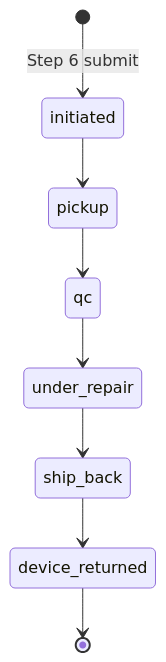
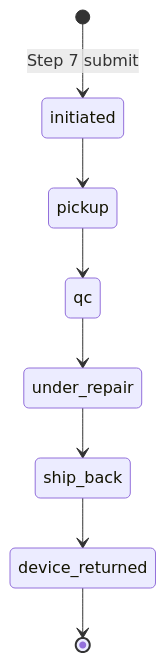
The first of 2 diagrams in docs/output/warranties_compensations.md (andrea-revibe/my-account-redesign-v2), drawn with Mermaid before and after one commit. The commit also changed other lines of this file and 12 other files, not shown here.

````diff
--- a/docs/output/warranties_compensations.md
+++ b/docs/output/warranties_compensations.md
@@ -28,10 +28,10 @@
 ```mermaid
 stateDiagram-v2
-    [*] --> initiated: Step 6 submit
+    [*] --> initiated: Step 7 submit
     initiated --> pickup
     pickup --> qc
     qc --> under_repair
     under_repair --> ship_back
     ship_back --> device_returned
     device_returned --> [*]
 ```
````
